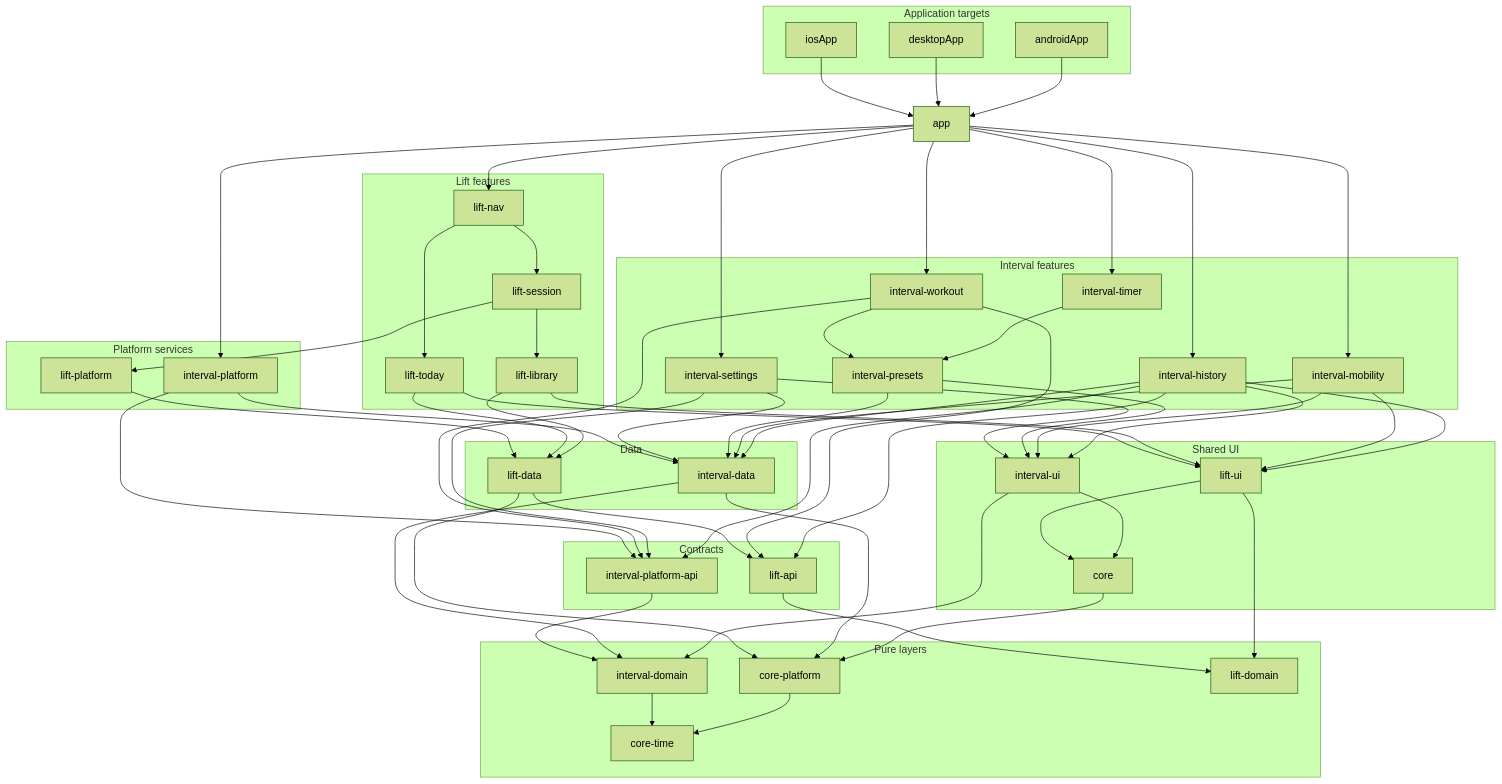
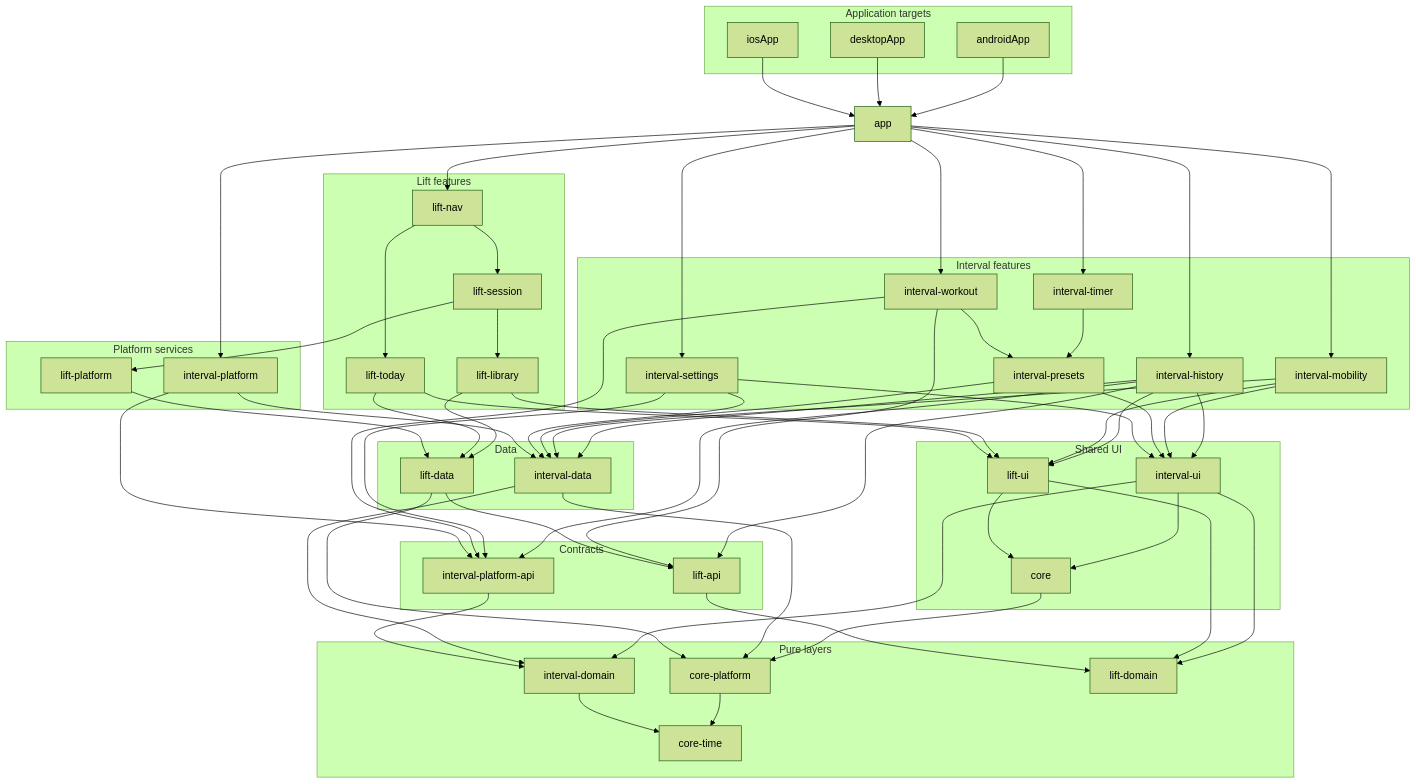
The first of 2 diagrams in docs/architecture.md (smithjustinn84-netizen/interval), drawn with Mermaid (forest theme) before and after one commit. The commit also changed other lines of this file and 68 other files, not shown here.

```diff
--- a/docs/architecture.md
+++ b/docs/architecture.md
@@ -117,6 +117,7 @@
     core --> corePlatform
     intervalUi --> core
     intervalUi --> intervalDomain
+    intervalUi --> liftDomain
     liftUi --> core
     liftUi --> liftDomain
 
```
